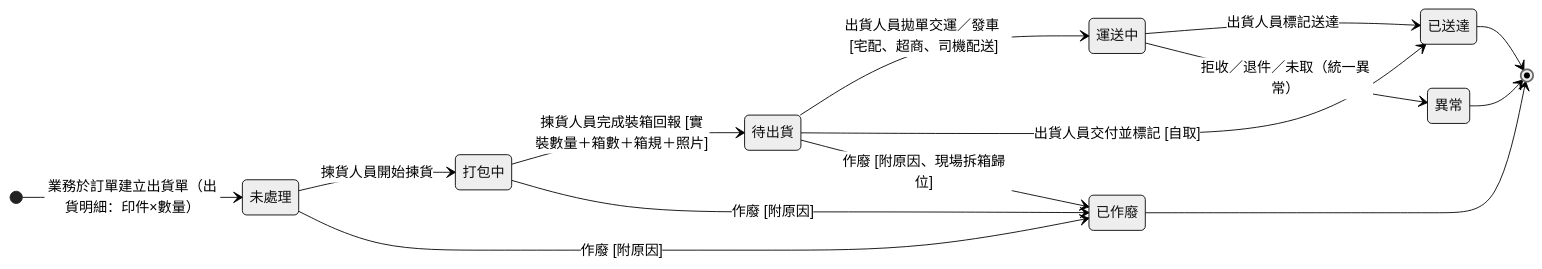
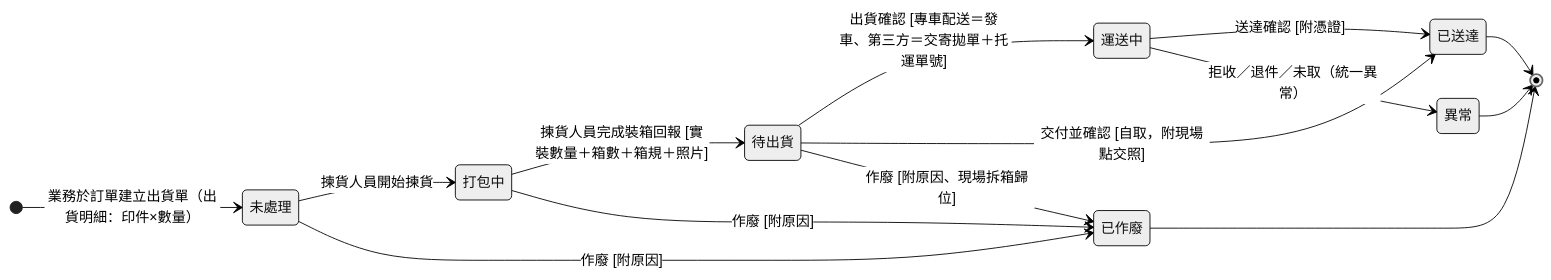
Before and after one commit to Kawato-Miles/erp-spec: the diagram in memory/Sens_wiki/wiki/erp/06-state-machines/出貨單狀態.md, drawn with Mermaid (neutral theme). The commit also changed other lines of this file and 20 other files, not shown here.

````diff
--- a/memory/Sens_wiki/wiki/erp/06-state-machines/出貨單狀態.md
+++ b/memory/Sens_wiki/wiki/erp/06-state-machines/出貨單狀態.md
@@ -44,28 +44,28 @@
 ```mermaid
 stateDiagram-v2
     direction LR
 
     [*] --> s_pending : 業務於訂單建立出貨單（出貨明細：印件×數量）
 
     state "未處理" as s_pending
     state "打包中" as s_packing
     state "待出貨" as s_packed
     state "運送中" as s_shipping
     state "已送達" as s_arrived
     state "異常" as s_failed
     state "已作廢" as s_void
 
     s_pending --> s_packing : 揀貨人員開始揀貨
     s_packing --> s_packed : 揀貨人員完成裝箱回報 [實裝數量＋箱數＋箱規＋照片]
-    s_packed --> s_shipping : 出貨人員拋單交運／發車 [宅配、超商、司機配送]
-    s_packed --> s_arrived : 出貨人員交付並標記 [自取]
-    s_shipping --> s_arrived : 出貨人員標記送達
+    s_packed --> s_shipping : 出貨確認 [專車配送＝發車、第三方＝交寄拋單＋托運單號]
+    s_packed --> s_arrived : 交付並確認 [自取，附現場點交照]
+    s_shipping --> s_arrived : 送達確認 [附憑證]
     s_shipping --> s_failed : 拒收／退件／未取（統一異常）
     s_pending --> s_void : 作廢 [附原因]
     s_packing --> s_void : 作廢 [附原因]
     s_packed --> s_void : 作廢 [附原因、現場拆箱歸位]
 
     s_arrived --> [*]
     s_failed --> [*]
     s_void --> [*]
 ```
````
